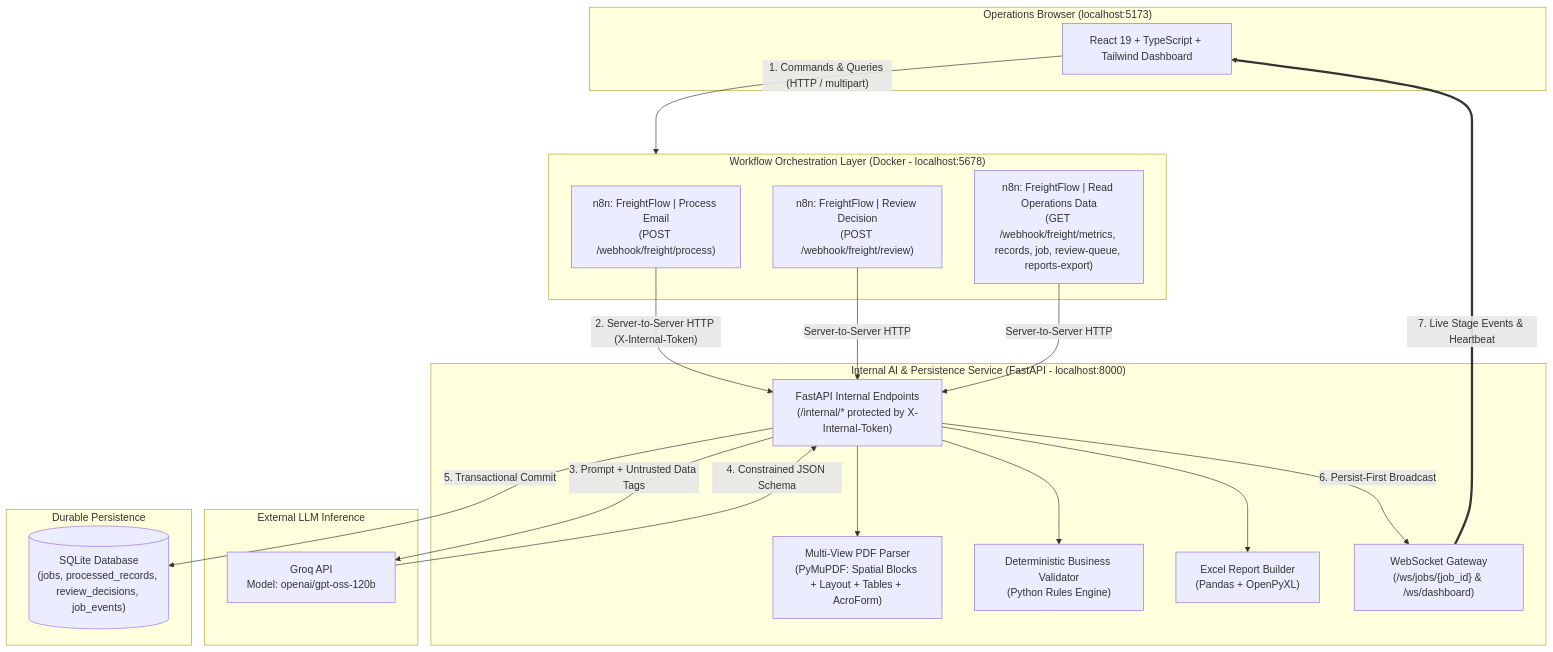
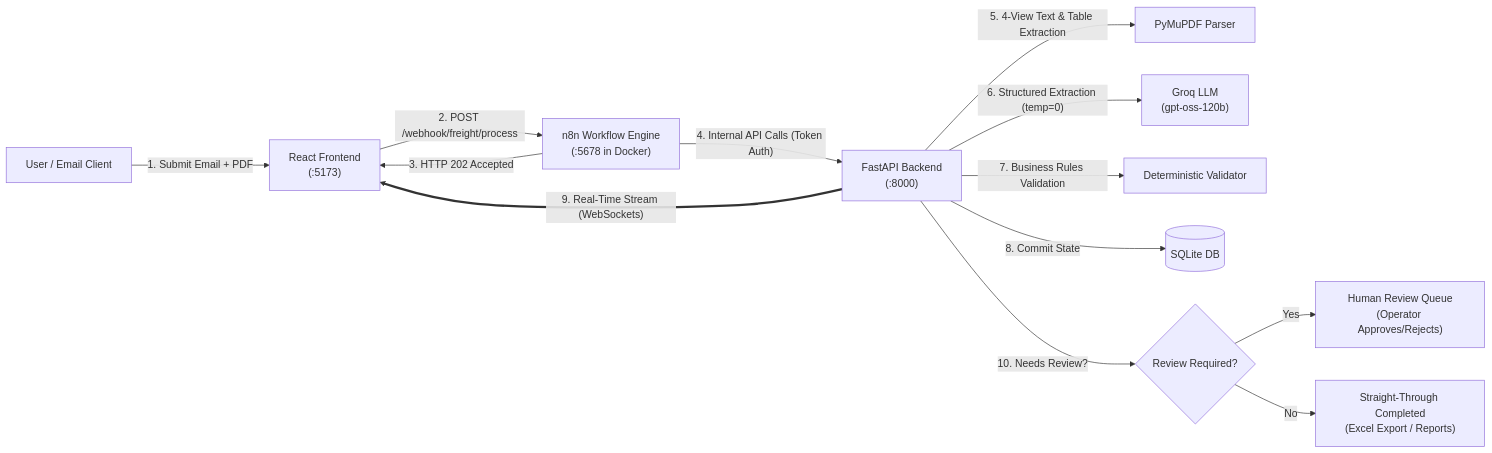
One commit to vinaykr8807/FreightFlow-AI changed the first of 2 diagrams in README.md. Above: the diagram before and after it, drawn with Mermaid. The commit also changed other lines of this file and 2 other files, not shown here.

Commit message:
docs: simplify README diagrams and setup instructions; improve job details page

````diff
--- a/README.md
+++ b/README.md
@@ -29,42 +27,15 @@
 ```mermaid
-flowchart TB
-    subgraph Client["Operations Browser (localhost:5173)"]
-        UI["React 19 + TypeScript + Tailwind Dashboard"]
-    end
-
-    subgraph Orchestration["Workflow Orchestration Layer (Docker - localhost:5678)"]
-        W_PROC["n8n: FreightFlow | Process Email\n(POST /webhook/freight/process)"]
-        W_REV["n8n: FreightFlow | Review Decision\n(POST /webhook/freight/review)"]
-        W_READ["n8n: FreightFlow | Read Operations Data\n(GET /webhook/freight/metrics, records, job, review-queue, reports-export)"]
-    end
-
-    subgraph InternalService["Internal AI & Persistence Service (FastAPI - localhost:8000)"]
-        API["FastAPI Internal Endpoints\n(/internal/* protected by X-Internal-Token)"]
-        PDF["Multi-View PDF Parser\n(PyMuPDF: Spatial Blocks + Layout + Tables + AcroForm)"]
-        VAL["Deterministic Business Validator\n(Python Rules Engine)"]
-        REP["Excel Report Builder\n(Pandas + OpenPyXL)"]
-        WS["WebSocket Gateway\n(/ws/jobs/{job_id} & /ws/dashboard)"]
-    end
-
-    subgraph ExternalAI["External LLM Inference"]
-        GROQ["Groq API\nModel: openai/gpt-oss-120b"]
-    end
-
-    subgraph Storage["Durable Persistence"]
-        DB[("SQLite Database\n(jobs, processed_records, review_decisions, job_events)")]
-    end
-
-    UI -->|"1. Commands & Queries (HTTP / multipart)"| Orchestration
-    W_PROC -->|"2. Server-to-Server HTTP (X-Internal-Token)"| API
-    W_REV -->|"Server-to-Server HTTP"| API
-    W_READ -->|"Server-to-Server HTTP"| API
-
-    API --> PDF
-    API -->|"3. Prompt + Untrusted Data Tags"| GROQ
-    GROQ -->|"4. Constrained JSON Schema"| API
-    API --> VAL
-    API --> REP
-    API -->|"5. Transactional Commit"| DB
-    API -->|"6. Persist-First Broadcast"| WS
-    WS ==>|"7. Live Stage Events & Heartbeat"| UI
+flowchart LR
+    A["User / Email Client"] -->|"1. Submit Email + PDF"| B["React Frontend\n(:5173)"]
+    B -->|"2. POST /webhook/freight/process"| C["n8n Workflow Engine\n(:5678 in Docker)"]
+    C -->|"3. HTTP 202 Accepted"| B
+    C -->|"4. Internal API Calls (Token Auth)"| D["FastAPI Backend\n(:8000)"]
+    D -->|"5. 4-View Text & Table Extraction"| E["PyMuPDF Parser"]
+    D -->|"6. Structured Extraction (temp=0)"| F["Groq LLM\n(gpt-oss-120b)"]
+    D -->|"7. Business Rules Validation"| G["Deterministic Validator"]
+    D -->|"8. Commit State"| H[("SQLite DB")]
+    D ==>|"9. Real-Time Stream (WebSockets)"| B
+    D -->|"10. Needs Review?"| I{"Review Required?"}
+    I -->|"Yes"| J["Human Review Queue\n(Operator Approves/Rejects)"]
+    I -->|"No"| K["Straight-Through Completed\n(Excel Export / Reports)"]
 ```
````
